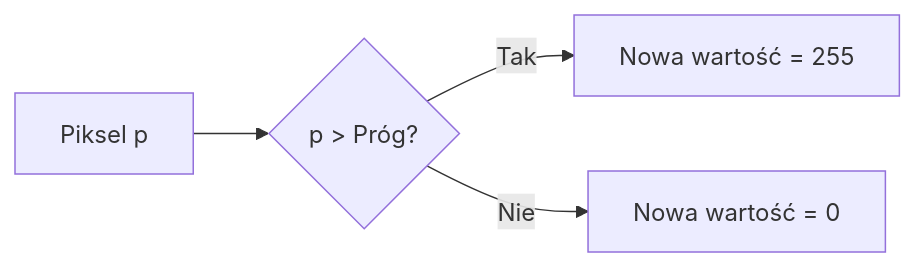
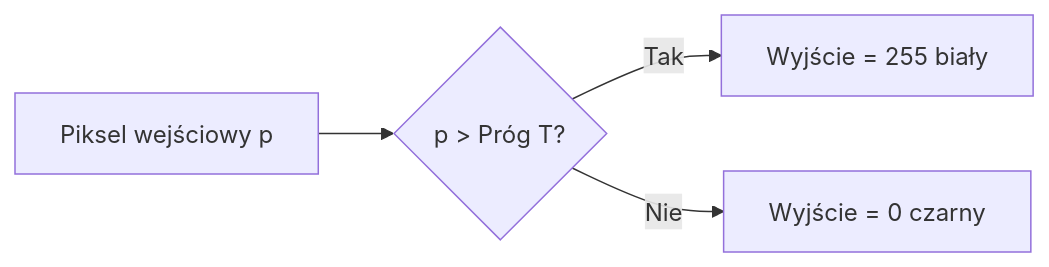
Before and after one commit to zacniewski/digital-image-processing-exercises: the first of 4 diagrams in lectures/02_thresholding.md, drawn with Mermaid. The commit also changed other lines of this file and 6 other files, not shown here.

````diff
--- a/lectures/02_thresholding.md
+++ b/lectures/02_thresholding.md
@@ -60,6 +47,6 @@
 ```mermaid
 graph LR
-    A[Piksel p] --> B{p > Próg?}
-    B -- Tak --> C[Nowa wartość = 255]
-    B -- Nie --> D[Nowa wartość = 0]
+    A[Piksel wejściowy p] --> B{p > Próg T?}
+    B -- Tak --> C[Wyjście = 255 biały]
+    B -- Nie --> D[Wyjście = 0 czarny]
 ```
````
